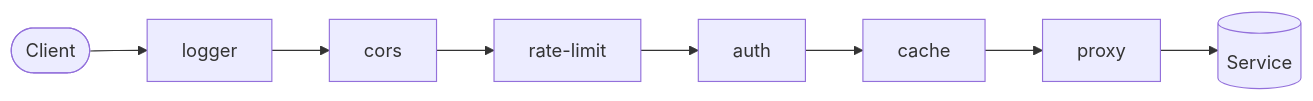
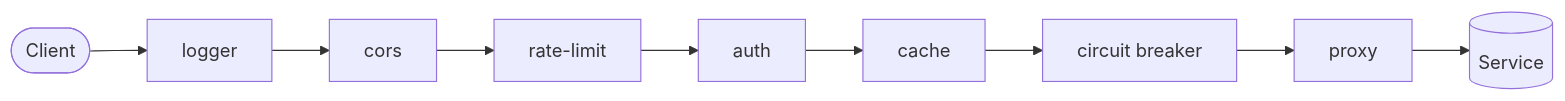
One commit to lucdoe/opengateway changed the second of 2 diagrams in docs/README.md. Above: the diagram before and after it, drawn with Mermaid. The commit also changed other lines of this file and 13 other files, not shown here.

First line of the commit message:
add a circuit breaker per service

````diff
--- a/docs/README.md
+++ b/docs/README.md
@@ -53,4 +56,4 @@
 ```mermaid
 flowchart LR
-    client(["Client"]) --> logger --> cors --> ratelimit["rate-limit"] --> auth --> cache --> proxy --> service[("Service")]
+    client(["Client"]) --> logger --> cors --> ratelimit["rate-limit"] --> auth --> cache --> breaker["circuit breaker"] --> proxy --> service[("Service")]
 ```
````
